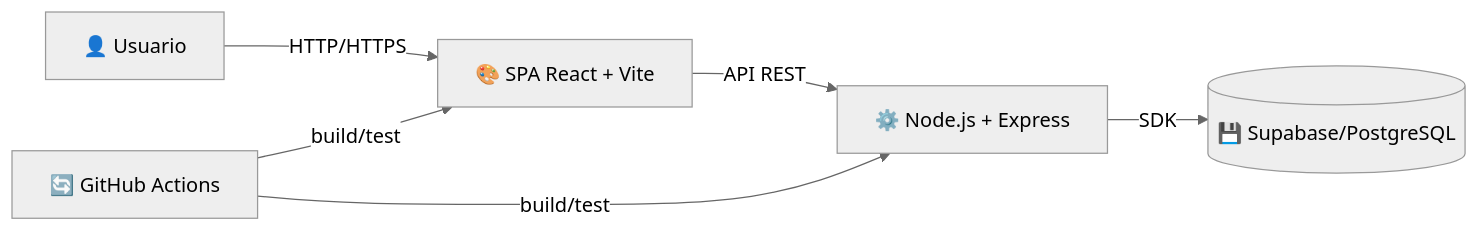
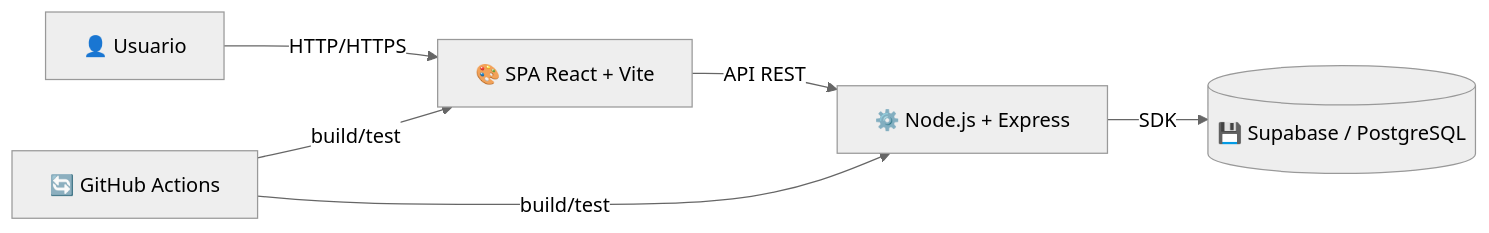
Before and after one commit to codeurjc-students/2025-Smashlyapp: the diagram in docs/development-guide.md, drawn with Mermaid (neutral theme). The commit also changed other lines of this file and 11 other files, not shown here.

````diff
--- a/docs/development-guide.md
+++ b/docs/development-guide.md
@@ -109,8 +111,8 @@
 ```mermaid
 flowchart LR
-        Browser[👤 Usuario] -->|HTTP/HTTPS| Frontend[🎨 SPA React + Vite]
-        Frontend -->|API REST| Backend[⚙️ Node.js + Express]
-        Backend -->|SDK| Supabase[(💾 Supabase/PostgreSQL)]
-        CI[🔄 GitHub Actions] -->|build/test| Backend
-        CI -->|build/test| Frontend
+  Browser[👤 Usuario] -->|HTTP/HTTPS| Frontend[🎨 SPA React + Vite]
+  Frontend -->|API REST| Backend[⚙️ Node.js + Express]
+  Backend -->|SDK| Supabase[(💾 Supabase / PostgreSQL)]
+  CI[🔄 GitHub Actions] -->|build/test| Backend
+  CI -->|build/test| Frontend
 ```
````
